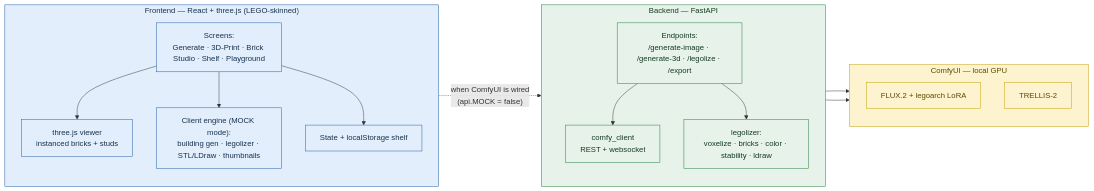
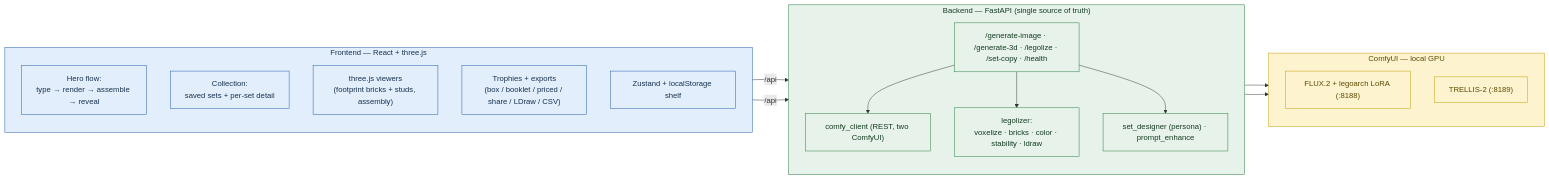
Before and after one commit to hi-em/genai-legoarch: the second of 4 diagrams in docs/architecture.md, drawn with Mermaid. The commit also changed other lines of this file and 31 other files, not shown here.

````diff
--- a/docs/architecture.md
+++ b/docs/architecture.md
@@ -57,39 +54,40 @@
 ```mermaid
 flowchart LR
-    subgraph FE["Frontend — React + three.js (LEGO-skinned)"]
+    subgraph FE["Frontend — React + three.js"]
       direction TB
-      UI["Screens:<br/>Generate · 3D-Print · Brick Studio · Shelf · Playground"]
-      VIEW["three.js viewer<br/>instanced bricks + studs"]
-      CLIENT["Client engine (MOCK mode):<br/>building gen · legolizer · STL/LDraw · thumbnails"]
-      STORE["State + localStorage shelf"]
-      UI --> VIEW
-      UI --> CLIENT
-      UI --> STORE
+      HERO["Hero flow:<br/>type → render → assemble → reveal"]
+      COLL["Collection:<br/>saved sets + per-set detail"]
+      VIEW["three.js viewers<br/>(footprint bricks + studs, assembly)"]
+      TRO["Trophies + exports<br/>(box / booklet / priced / share / LDraw / CSV)"]
+      STORE["Zustand + localStorage shelf"]
     end
 
-    subgraph API["Backend — FastAPI"]
+    subgraph API["Backend — FastAPI (single source of truth)"]
       direction TB
-      EP["Endpoints:<br/>/generate-image · /generate-3d · /legolize · /export"]
-      CC["comfy_client<br/>REST + websocket"]
+      EP["/generate-image · /generate-3d · /legolize · /set-copy · /health"]
+      CC["comfy_client (REST, two ComfyUI)"]
       LEGOLIB["legolizer:<br/>voxelize · bricks · color · stability · ldraw"]
+      PERS["set_designer (persona) · prompt_enhance"]
       EP --> CC
       EP --> LEGOLIB
+      EP --> PERS
     end
 
     subgraph CMF["ComfyUI — local GPU"]
       direction TB
-      FLUX["FLUX.2 + legoarch LoRA"]
-      TREL["TRELLIS-2"]
+      FLUX["FLUX.2 + legoarch LoRA (:8188)"]
+      TREL["TRELLIS-2 (:8189)"]
     end
 
-    UI -. "when ComfyUI is wired<br/>(api.MOCK = false)" .-> EP
+    HERO -->|/api| EP
+    COLL -->|/api| EP
     CC --> FLUX
     CC --> TREL
 
     classDef fe fill:#e3eefc,stroke:#1e5aa8,color:#16324f;
     classDef be fill:#e7f3ea,stroke:#237a3c,color:#143a22;
     classDef cf fill:#fdf3cf,stroke:#c39e00,color:#5a4a00;
-    class FE,UI,VIEW,CLIENT,STORE fe;
-    class API,EP,CC,LEGOLIB be;
+    class FE,HERO,COLL,VIEW,TRO,STORE fe;
+    class API,EP,CC,LEGOLIB,PERS be;
     class CMF,FLUX,TREL cf;
 ```
````
